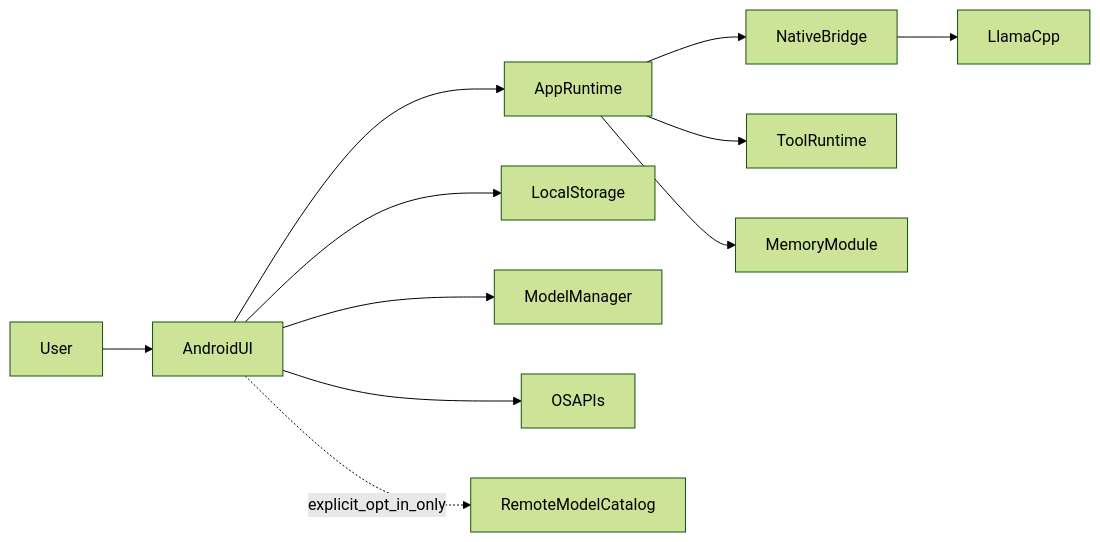
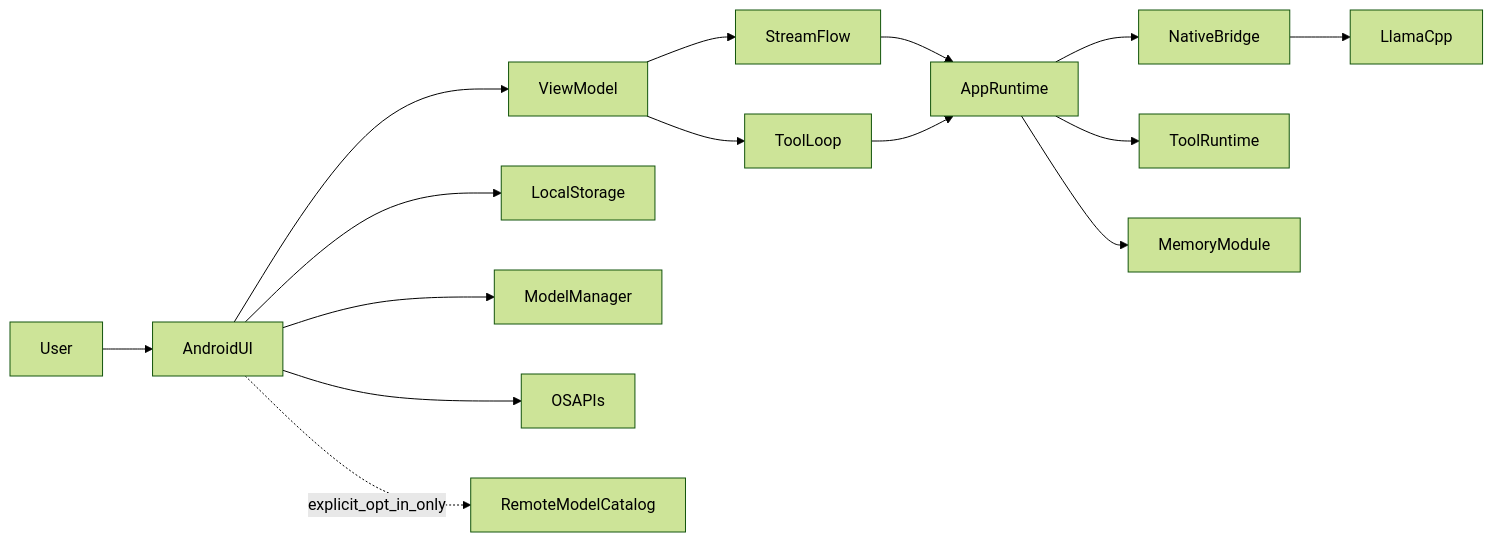
Before and after one commit to katooling/pocket-gpt: the diagram in docs/architecture/system-context.md, drawn with Mermaid (forest theme). The commit also changed other lines of this file and 46 other files, not shown here.

````diff
--- a/docs/architecture/system-context.md
+++ b/docs/architecture/system-context.md
@@ -18,13 +18,17 @@
 ```mermaid
 flowchart LR
 User --> AndroidUI
-AndroidUI --> AppRuntime
+AndroidUI --> ViewModel
+ViewModel --> StreamFlow
+ViewModel --> ToolLoop
+StreamFlow --> AppRuntime
+ToolLoop --> AppRuntime
 AppRuntime --> NativeBridge
 NativeBridge --> LlamaCpp
 AndroidUI --> LocalStorage
 AndroidUI --> ModelManager
 AppRuntime --> ToolRuntime
 AppRuntime --> MemoryModule
 AndroidUI --> OSAPIs
-AndroidUI -.explicit_opt_in_only.-> RemoteModelCatalog
+AndroidUI -. explicit_opt_in_only .-> RemoteModelCatalog
 ```
````
